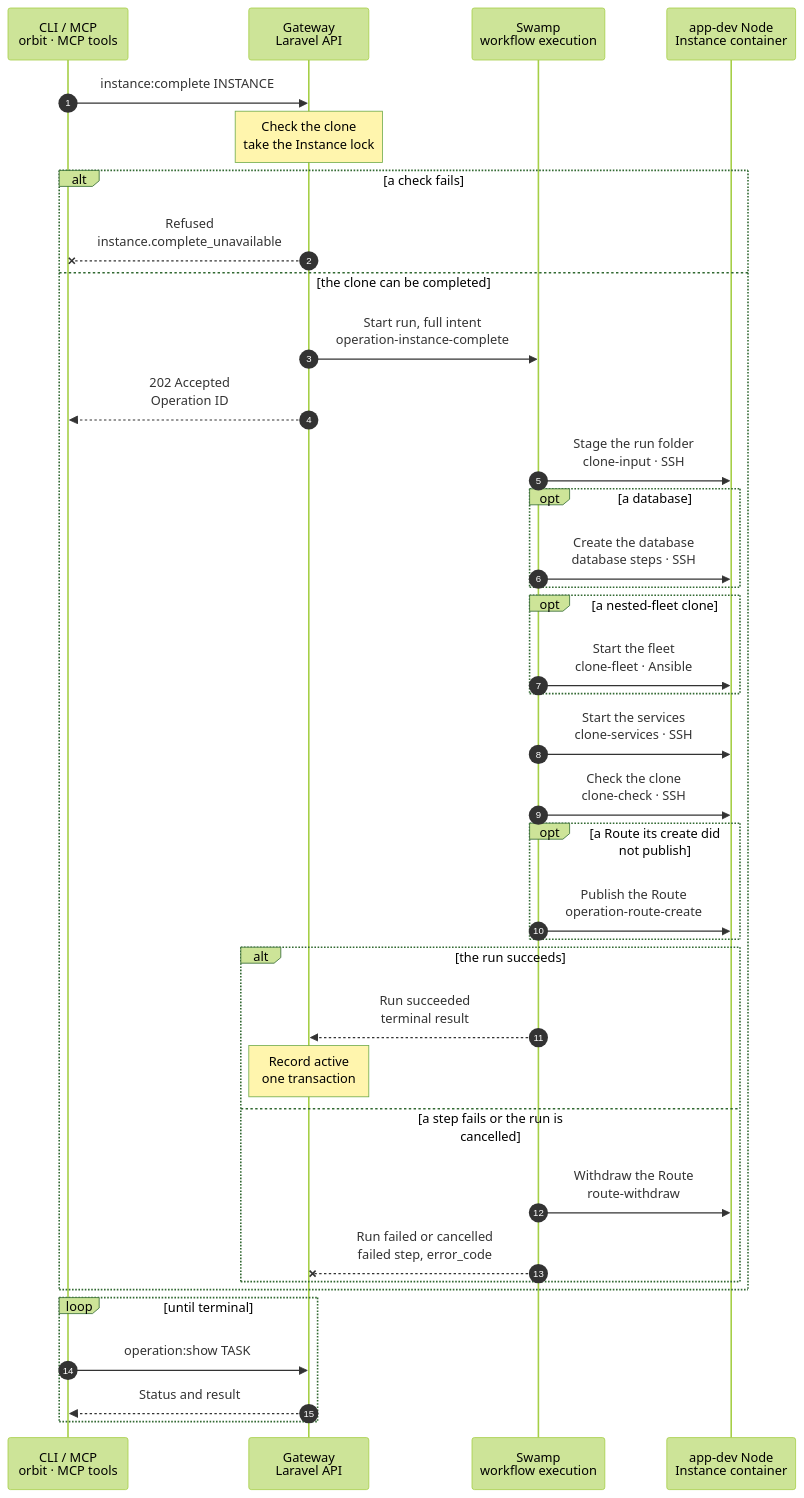
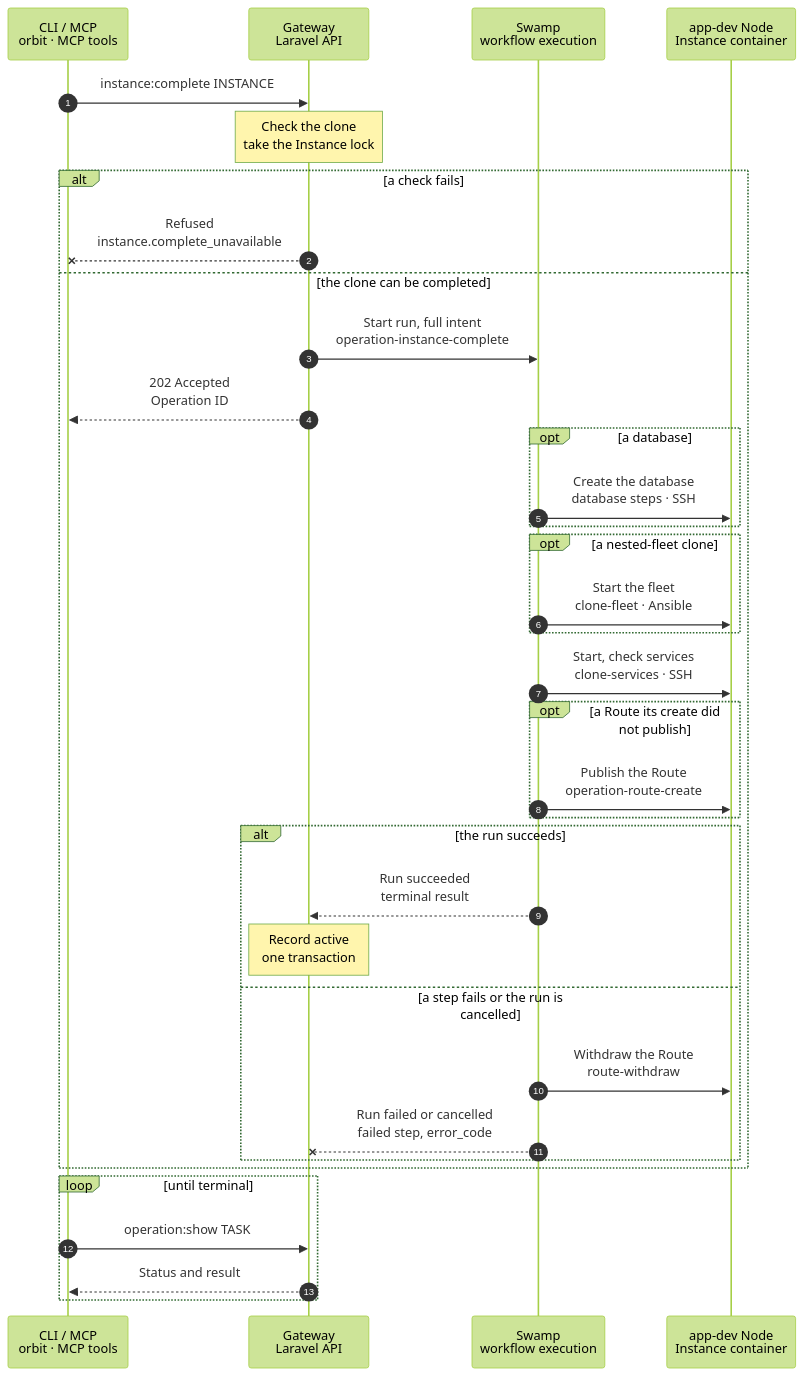
Before and after one commit to hardimpactdev/orbit: the diagram in docs/cli/instance/complete.mmd, drawn with Mermaid (forest theme). The commit also changed 3 other files, not shown here.

Commit message:
docs(instance:complete): the completion runs one Node step (spec)

```diff
--- a/docs/cli/instance/complete.mmd
+++ b/docs/cli/instance/complete.mmd
@@ -1,106 +1,103 @@
 sequenceDiagram
   %% Target design (docs/reference/development-containers.md#complete-a-clone and #a-clone-create-is-two-operations): the second Operation of a clone create. It starts the Processes, fills the database, starts a nested fleet, publishes the Route when its create did not, and checks the clone; only its success makes the clone `active`.
   %% Decided by the owner (2026-11-14): the create publishes the address when its Route Nodes are free at admission (container/create.mmd). The completion publishes only a Route that is not published: Nodes held at the create's admission, a publication that failed in the create, or a retry after a failed publication.
   %% status: draft
   %% command: instance:complete
   %% kind: instance.complete
   autonumber
   %% lane CL icon=terminal pill=caller tone=gray
   %% lane GW icon=gateway pill=intent tone=blue
   %% lane SW icon=workflow pill=executes tone=green
   %% lane N icon=server pill=target tone=amber
   participant CL as CLI / MCP<br/>orbit · MCP tools
   participant GW as Gateway<br/>Laravel API
   participant SW as Swamp<br/>workflow execution
   participant N as app-dev Node<br/>Instance container
   CL->>GW: instance:complete INSTANCE
   %%> Command:
   %%> - `orbit instance:complete 42`
   %%> - syntax: `instance:complete <instance> [--json]`
   %%> Callers:
   %%> - the command, to retry after a failed completion
   %%> - the create's terminal projection, in the same transaction that ends the create
   Note over GW: Check the clone<br/>take the Instance lock
   %%> Requirements:
   %%> - a container clone, `source_resolved`, with its starting commit recorded
   %%> - its T3 server is registered
   %%> - no other Operation holds the Instance
   %%> Captures:
   %%> - the create's admitted database plan and Processes
   %%> - a Route whose sites are not published: its publication from the current site catalog, and its serving Nodes held from admission to the end, as Route create does
   %%> - a Route the create published: no publication and no Node hold
   alt a check fails
     %% path: refused
     GW--xCL: Refused<br/>instance.complete_unavailable
     %%> Result:
     %%> - nothing changes; no Operation starts
     %%> - a held Instance lock refuses with `operation.target_busy`
   else the clone can be completed
     %% path: main
     GW->>SW: Start run, full intent<br/>operation-instance-complete
+    %%> What it sends:
+    %%> - the intent with the launcher program, and one vault copy: the release scripts beside the Process files, one line
     GW-->>CL: 202 Accepted<br/>Operation ID
-    SW->>N: Stage the run folder<br/>clone-input · SSH
-    %%> What it does:
-    %%> - writes this run's own private folder; the create's folder is not read
     opt a database
       SW->>N: Create the database<br/>database steps · SSH
       %%> What it does:
       %%> - the clone's own database on the default's server, then a copy of the default's data; the clone's own Valkey user beside it
       %%> On failure:
       %%> - `failed_step: database`
     end
     opt a nested-fleet clone
       SW->>N: Start the fleet<br/>clone-fleet · Ansible
       %%> What it does:
       %%> - starts the nested containers and waits for Doctor and the three agents
       %%> On failure:
       %%> - `failed_step: fleet` with the fleet phase's code
     end
-    SW->>N: Start the services<br/>clone-services · SSH
+    SW->>N: Start, check services<br/>clone-services · SSH
     %%> What it does:
-    %%> - PHP settings, file rights, Process files, web config, the Node store, then the units
+    %%> - one dispatch: stages the release scripts from the completion's one copy into this run's own private folder; the create's folder is not read
+    %%> - the services: PHP settings, file rights, Process files, web config, the Node store, then the units
     %%> - refuses when the checkout mark names another Instance
     %%> - writes no tracked file: the user's work in the checkout stays as it is
+    %%> - then the check: the checkout mark, the agent's Git identity, PHP and every running unit
     %%> On failure:
-    %%> - `failed_step: workspace`
-    SW->>N: Check the clone<br/>clone-check · SSH
-    %%> What it does:
-    %%> - the checkout mark, the agent's Git identity, PHP and every running unit
-    %%> On failure:
-    %%> - a dead unit: `instance.container_process_inactive` with its `process_failure` receipt
+    %%> - the stage or the services: `failed_step: workspace`
+    %%> - a dead unit: `failed_step: check`, `instance.container_process_inactive` with its `process_failure` receipt
     opt a Route its create did not publish
       SW->>N: Publish the Route<br/>operation-route-create
       %%> When:
       %%> - in its own job, beside the container steps from the run's start
       %%> - only when the admission captured the Route: Nodes held at the create's admission, `route_publication: failed`, or a retry after a failed publication
       %%> What it does:
       %%> - the Route create children unchanged: CSR, sign, site, TLS probe
       %%> On failure:
       %%> - `failed_step: route`
     end
     alt the run succeeds
       %% path: completed
       SW-->>GW: Run succeeded<br/>terminal result
       Note over GW: Record active<br/>one transaction
       %%> Result:
       %%> - the Route is `active`, then the Instance `active` with `first_setup_pending` false
       %%> - for a task copy, in the same transaction, its reserved task runs and the task's completion-failure assistance request ends; any other request stays
     else a step fails or the run is cancelled
       %% path: failed
       SW->>N: Withdraw the Route<br/>route-withdraw
       %%> When:
       %%> - only when this run's Route step ran; no half Route stays
       %%> - an address the create published stays up, answering 502, until a retry or `instance:destroy`, which withdraws it; a retry that succeeds keeps it as it is
       SW--xGW: Run failed or cancelled<br/>failed step, error_code
       %%> Result:
       %%> - the Instance stays `source_resolved` with `failed_step` and `error_code`; the container keeps running and T3 keeps its thread
       %%> - `recovery.retry.command` is `instance:complete`; `instance:destroy` removes the clone
       %%> - for a task copy, Orbit keeps the copy: its task stays `reserved` and asks for assistance with this retry
       %%> Retry:
       %%> - the same command runs the whole completion again, with the steps a create retry runs
     end
   end
   loop until terminal
     CL->>GW: operation:show TASK
     GW-->>CL: Status and result
   end
```
